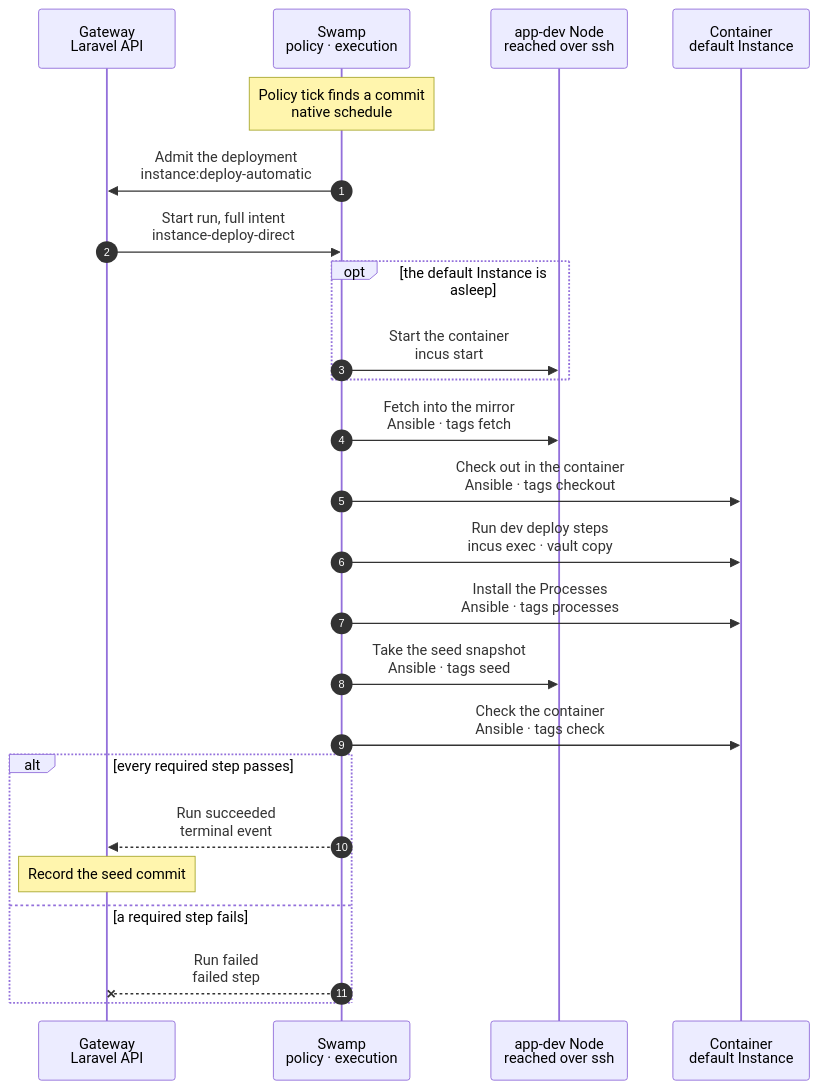
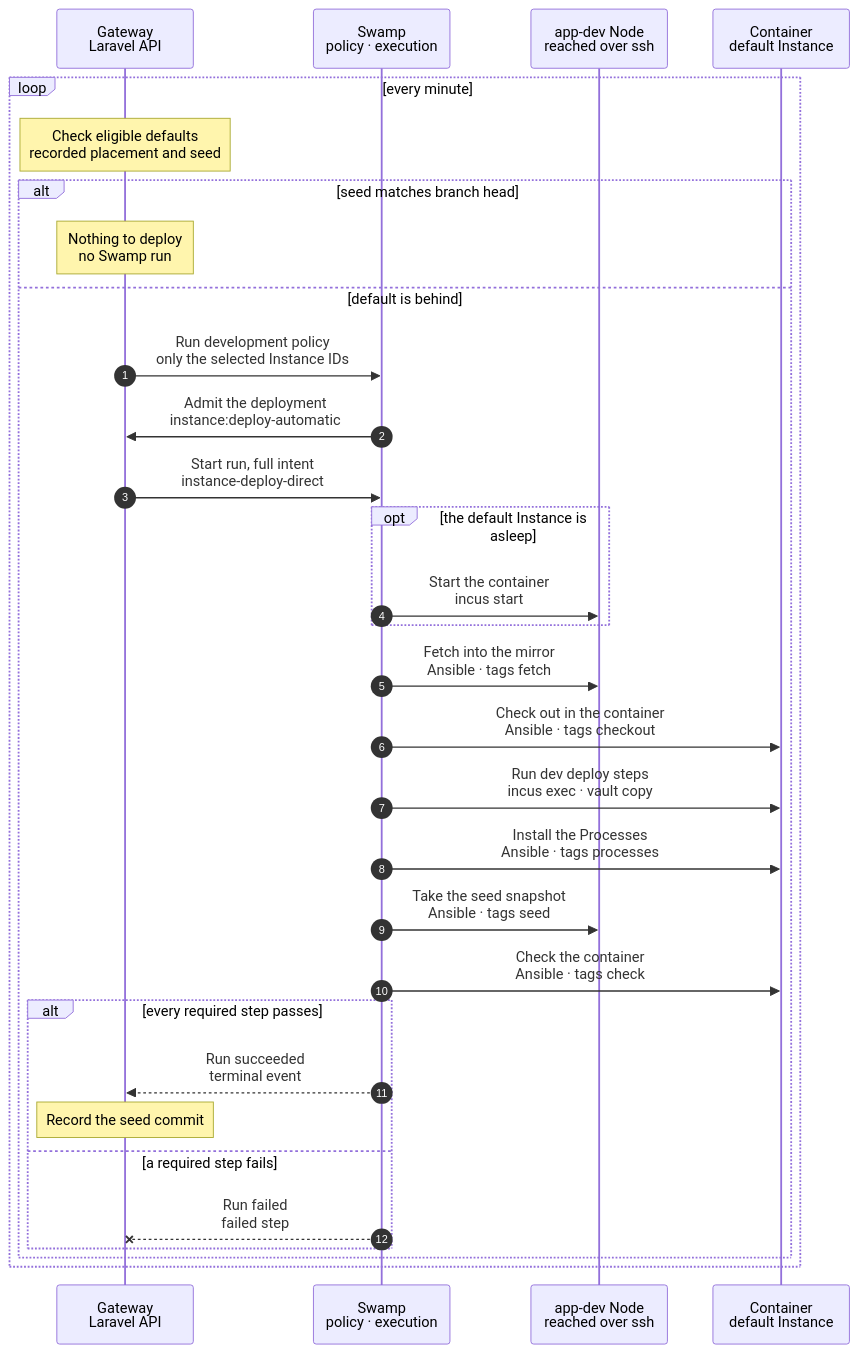
One commit to hardimpactdev/orbit changed the diagram in docs/cli/instance/container/deploy-default.mmd. Above: the diagram before and after it, drawn with Mermaid. The commit also changed 25 other files, not shown here.

First line of the commit message:
fix(instances): give development auto-deploy a cheap independent tick (#3331)

```diff
--- a/docs/cli/instance/container/deploy-default.mmd
+++ b/docs/cli/instance/container/deploy-default.mmd
@@ -1,56 +1,67 @@
 sequenceDiagram
-  %% Target design, container runtime (ADR 0250 step 3, docs/reference/development-containers.md#the-default-instance): the automatic development deployment of docs/reference/deployments.md, in the default Instance's container. Swamp's policy finds the commit, as it does today; the Gateway admits the deployment and records its result. When the charts move into place, this becomes the development branch of the deploy chart.
+  %% Target design, container runtime (ADR 0250 step 3, docs/reference/development-containers.md#the-default-instance): the automatic development deployment of docs/reference/deployments.md, in the default Instance's container. The Gateway checks the branch head before it starts development policy; Swamp keeps the retry and admission state. When the charts move into place, this becomes the development branch of the deploy chart.
   %% status: draft
   %% command: none · automatic deployment policy
   %% kind: instance.deploy
   autonumber
   %% lane GW icon=gateway pill=intent tone=blue
   %% lane SW icon=workflow pill=executes tone=green
   %% lane N icon=server pill=target tone=amber
   %% lane C icon=server pill=target tone=purple
   participant GW as Gateway<br/>Laravel API
   participant SW as Swamp<br/>policy · execution
   participant N as app-dev Node<br/>reached over ssh
   participant C as Container<br/>default Instance
-  Note over SW: Policy tick finds a commit<br/>native schedule
-  %%> What it does:
-  %%> - Swamp's automatic deployment policy reads the default branch head and the checks, as it does today; it owns discovery, backoff and the retry limit
+  loop every minute
+    Note over GW: Check eligible defaults<br/>recorded placement and seed
+    %%> What it does:
+    %%> - selects only active default checkouts with active app-dev placement, using the automatic admission eligibility rule
+    %%> - reads each eligible Project's default branch once through the cached source reader; no environment-template refresh
+    alt seed matches branch head
+      Note over GW: Nothing to deploy<br/>no Swamp run
+    else default is behind
+      GW->>SW: Run development policy<br/>only the selected Instance IDs
+      %%> What it does:
+      %%> - shares the retained behavior identity and development state; keeps pending admissions, backoff and retry limits
+      %%> - never discovers or admits production work; its paused production schedule stays unchanged
   SW->>GW: Admit the deployment<br/>instance:deploy-automatic
   %%> What it does:
   %%> - the Gateway admits `instance.deploy` for that exact commit, with the Instance lock and a repository read token in the vault
   GW->>SW: Start run, full intent<br/>instance-deploy-direct
   opt the default Instance is asleep
     SW->>N: Start the container<br/>incus start
   end
   SW->>N: Fetch into the mirror<br/>Ansible · tags fetch
   %%> What it does:
   %%> - fetches into the Node's mirror and pushes the branch into the container as a bundle; the token never enters the container
   %%> - a pinned commit off the branch's first-parent chain refuses `deployment.commit_not_on_branch`
   SW->>C: Check out in the container<br/>Ansible · tags checkout
   %%> What it does:
   %%> - the same checks as a checkout default: a dirty tree refuses `deployment.checkout_dirty`, a diverged branch `deployment.branch_diverged`
   SW->>C: Run dev deploy steps<br/>incus exec · vault copy
   %%> What it does:
   %%> - the Project's development deploy steps, as `orbit`: they install changed dependencies and migrate
   SW->>C: Install the Processes<br/>Ansible · tags processes
   %%> What it does:
   %%> - installs the Project's new and changed development Process definitions as `orbit-*` units, with their environment files from the vault
   %%> - restarts a changed unit and removes a former environment file
   SW->>N: Take the seed snapshot<br/>Ansible · tags seed
   %%> What it does:
   %%> - stops the default's Processes for a moment, snapshots the container and starts them again, so clones copy no half-written file
   %%> - deletes older seed snapshots that no clone uses
   %%> - starting the units again restarts every running Process on the new commit, such as a queue worker
   SW->>C: Check the container<br/>Ansible · tags check
   %%> What it does:
   %%> - the branch is checked out at the commit and the units are active, else `deployment.branch_changed` or `deployment.processes_inactive`
   alt every required step passes
     SW-->>GW: Run succeeded<br/>terminal event
     Note over GW: Record the seed commit
     %%> Result:
     %%> - new clones start at this snapshot; existing clones do not change
   else a required step fails
     SW--xGW: Run failed<br/>failed step
     %%> Result:
     %%> - no new seed snapshot is taken, so clones keep starting at the last commit that deployed; Swamp's policy retries after its backoff
   end
+  end
+  end
```
